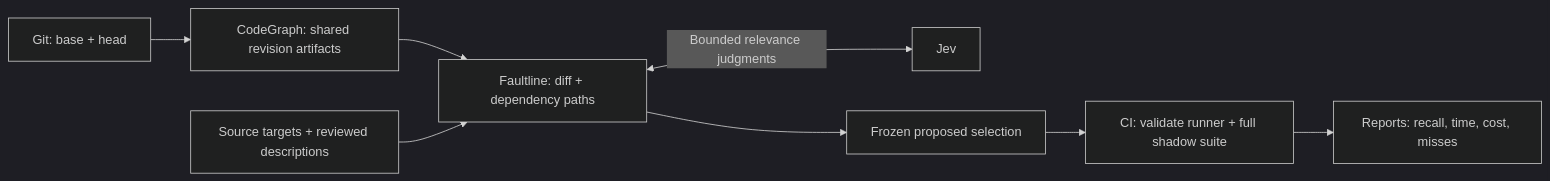
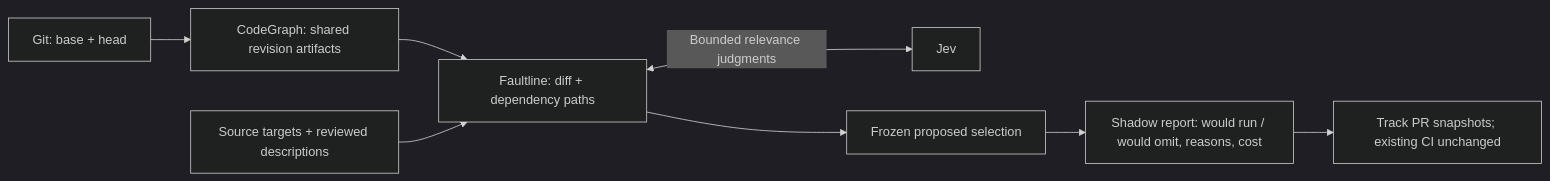
One commit to ronaldtebrake/faultline changed the diagram in README.md. Above: the diagram before and after it, drawn with Mermaid (dark theme). The commit also changed other lines of this file and 12 other files, not shown here.

Commit message:
Make shadow mode report-only and track PR proposals

````diff
--- a/README.md
+++ b/README.md
@@ -25,10 +25,10 @@
 ```mermaid
 flowchart LR
     G["Git: base + head"] --> CGraph["CodeGraph: shared revision artifacts"]
     CGraph --> F["Faultline: diff + dependency paths"]
     T["Source targets + reviewed descriptions"] --> F
     F <-->|"Bounded relevance judgments"| J["Jev"]
     F --> S["Frozen proposed selection"]
-    S --> C["CI: validate runner + full shadow suite"]
-    C --> R["Reports: recall, time, cost, misses"]
+    S --> R["Shadow report: would run / would omit, reasons, cost"]
+    R --> H["Track PR snapshots; existing CI unchanged"]
 ```
````
